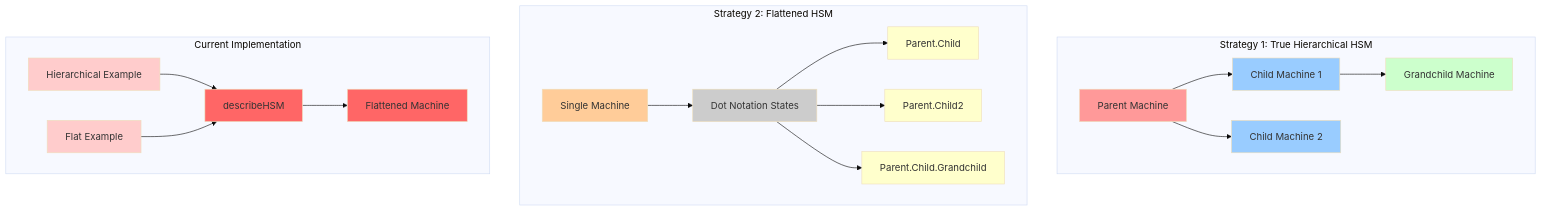
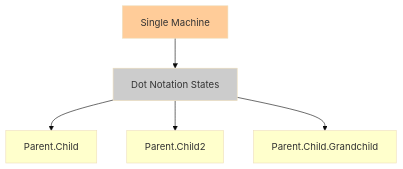
One commit to WinstonFassett/matchina changed the second of 3 diagrams in review/HSM-vs-Flat-Investigation.md. Above: the diagram before and after it, drawn with Mermaid (base theme). The commit also changed other lines of this file and 33 other files, not shown here.

````diff
--- a/review/HSM-vs-Flat-Investigation.md
+++ b/review/HSM-vs-Flat-Investigation.md
@@ -200,37 +232,13 @@
 ```mermaid
 graph TB
-    subgraph "Strategy 1: True Hierarchical HSM"
-        A[Parent Machine] --> B[Child Machine 1]
-        A --> C[Child Machine 2]
-        B --> D[Grandchild Machine]
-        
-        style A fill:#ff9999
-        style B fill:#99ccff
-        style C fill:#99ccff
-        style D fill:#ccffcc
-    end
+    E[Single Machine] --> F[Dot Notation States]
+    F --> G["Parent.Child"]
+    F --> H["Parent.Child2"]
+    F --> I["Parent.Child.Grandchild"]
     
-    subgraph "Strategy 2: Flattened HSM"
-        E[Single Machine] --> F[Dot Notation States]
-        F --> G["Parent.Child"]
-        F --> H["Parent.Child2"]
-        F --> I["Parent.Child.Grandchild"]
-        
-        style E fill:#ffcc99
-        style F fill:#cccccc
-        style G fill:#ffffcc
-        style H fill:#ffffcc
-        style I fill:#ffffcc
-    end
-    
-    subgraph "Current Implementation"
-        J[describeHSM] --> K[Flattened Machine]
-        L["Hierarchical" Example] --> J
-        M["Flat" Example] --> J
-        
-        style J fill:#ff6666
-        style K fill:#ff6666
-        style L fill:#ffcccc
-        style M fill:#ffcccc
-    end
+    style E fill:#ffcc99
+    style F fill:#cccccc
+    style G fill:#ffffcc
+    style H fill:#ffffcc
+    style I fill:#ffffcc
 ```
````
